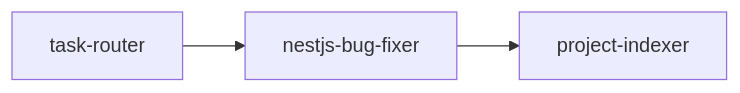
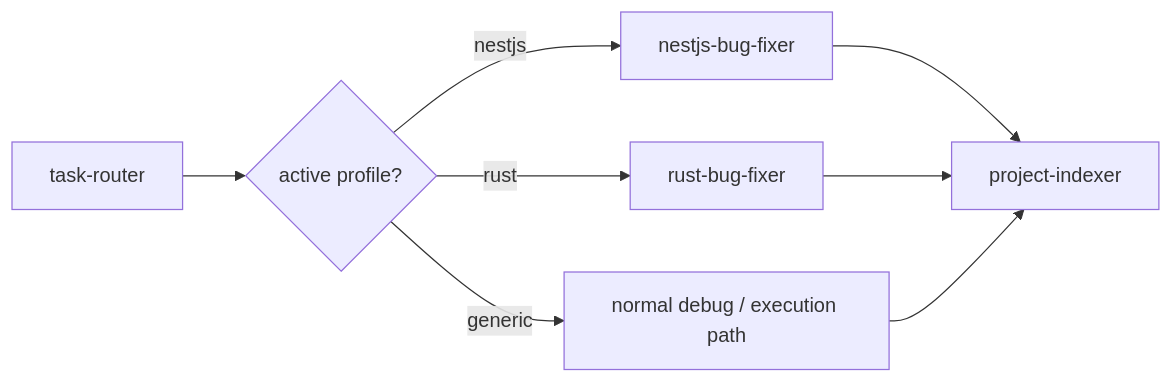
Before and after one commit to HoanDo95/CodexMinimal: the fifth of 8 diagrams in README.md, drawn with Mermaid. The commit also changed other lines of this file and 1 other file, not shown here.

````diff
--- a/README.md
+++ b/README.md
@@ -135,5 +98,10 @@
 ```mermaid
 flowchart LR
-    A[task-router] --> B[nestjs-bug-fixer]
-    B --> C[project-indexer]
+    A[task-router] --> B{active profile?}
+    B -->|nestjs| C[nestjs-bug-fixer]
+    B -->|rust| D[rust-bug-fixer]
+    B -->|generic| E[normal debug / execution path]
+    C --> F[project-indexer]
+    D --> F
+    E --> F
 ```
````
